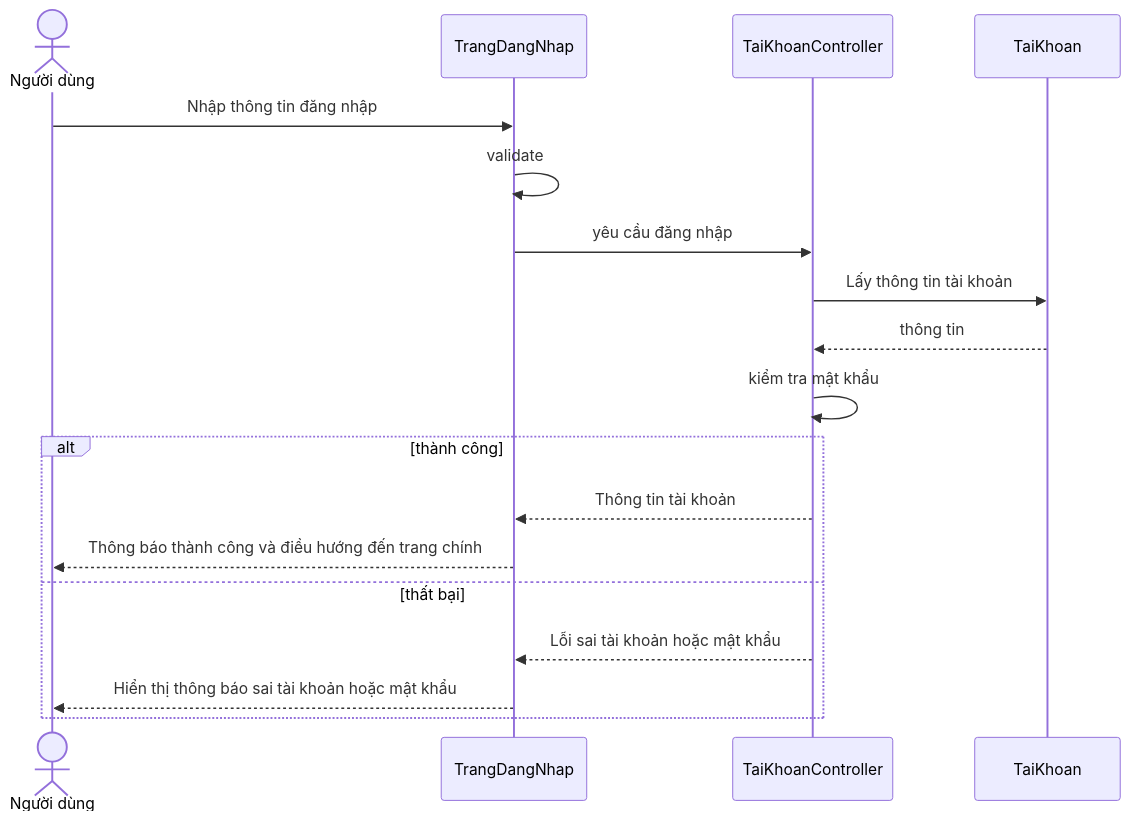
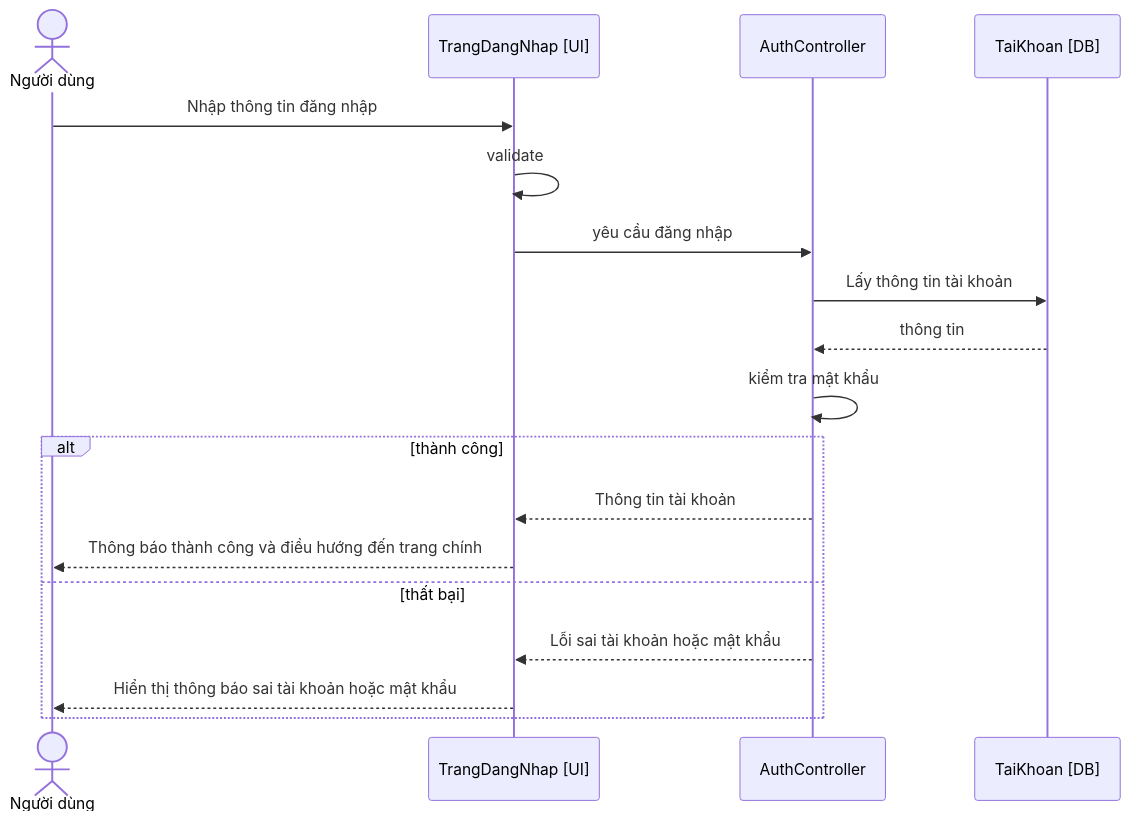
Before and after one commit to tranducbk/DATN_PM_QLKT: the first of 8 diagrams in docs/diagrams/05-sequence.md, drawn with Mermaid. The commit also changed other lines of this file and 29 other files, not shown here.

First line of the commit message:
Update CLAUDE.md with additional validation rules and introduce new database schema

````diff
--- a/docs/diagrams/05-sequence.md
+++ b/docs/diagrams/05-sequence.md
@@ -9,22 +9,22 @@
 ```mermaid
 sequenceDiagram
     actor User as Người dùng
-    participant Page as TrangDangNhap
-    participant Ctrl as TaiKhoanController
-    participant Acc as TaiKhoan
+    participant Page as TrangDangNhap [UI]
+    participant Ctrl as AuthController
+    participant Acc as TaiKhoan [DB]
 
     User->>Page: Nhập thông tin đăng nhập
     Page->>Page: validate
     Page->>Ctrl: yêu cầu đăng nhập
     Ctrl->>Acc: Lấy thông tin tài khoản
     Acc-->>Ctrl: thông tin
     Ctrl->>Ctrl: kiểm tra mật khẩu
 
     alt thành công
         Ctrl-->>Page: Thông tin tài khoản
         Page-->>User: Thông báo thành công và điều hướng đến trang chính
     else thất bại
         Ctrl-->>Page: Lỗi sai tài khoản hoặc mật khẩu
         Page-->>User: Hiển thị thông báo sai tài khoản hoặc mật khẩu
     end
 ```
````
